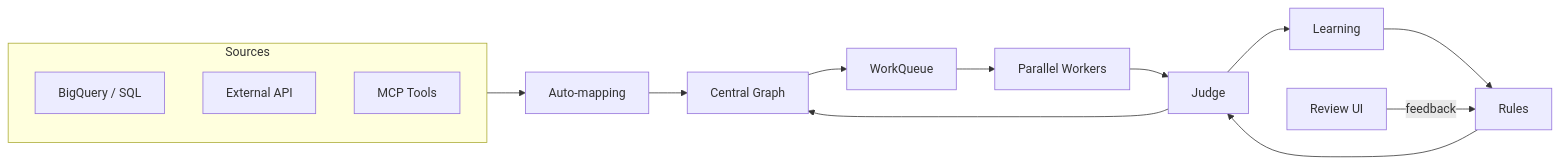
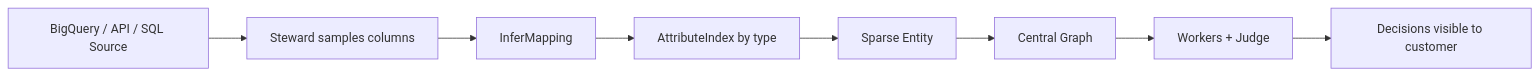
One commit to idristarwala/agent-factory changed the fourth of 6 diagrams in docs/ER_DIAGRAMS.md. Above: the diagram before and after it, drawn with Mermaid. The commit also changed other lines of this file and 1 other file, not shown here.

Commit message:
Add detailed ER and architecture diagrams to docs

````diff
--- a/docs/ER_DIAGRAMS.md
+++ b/docs/ER_DIAGRAMS.md
@@ -126,18 +116,10 @@
 ```mermaid
 flowchart LR
-    subgraph Sources
-        BQ[BigQuery / SQL]
-        API[External API]
-        MCP[MCP Tools]
-    end
-    Sources --> Mapping[Auto-mapping]
-    Mapping --> Graph[Central Graph]
-    Graph --> Queue[WorkQueue]
-    Queue --> Workers[Parallel Workers]
-    Workers --> Judge
-    Judge --> Graph
-    Judge --> Learning
-    Learning --> Rules
-    Rules --> Judge
-    UI[Review UI] -->|feedback| Rules
+    A[BigQuery / API / SQL Source] --> B[Steward samples columns]
+    B --> C[InferMapping]
+    C --> D[AttributeIndex by type]
+    D --> E[Sparse Entity]
+    E --> F[Central Graph]
+    F --> G[Workers + Judge]
+    G --> H[Decisions visible to customer]
 ```
````
